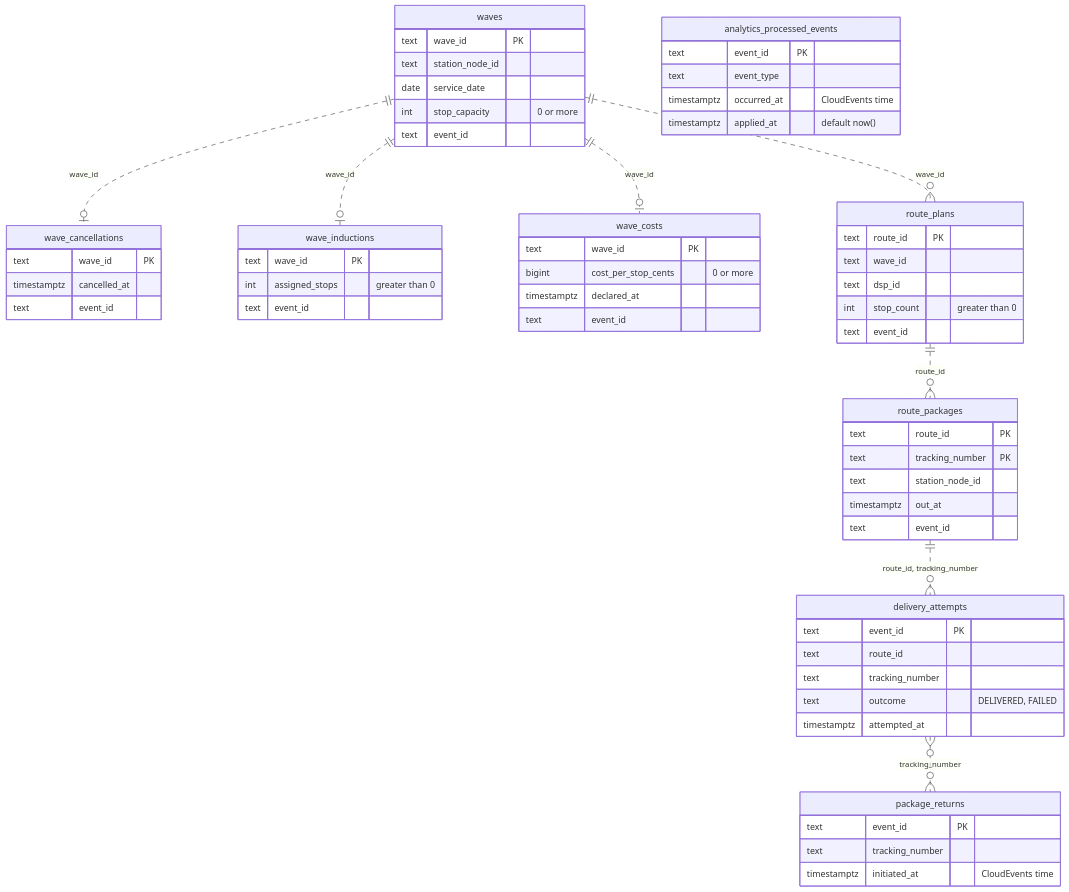
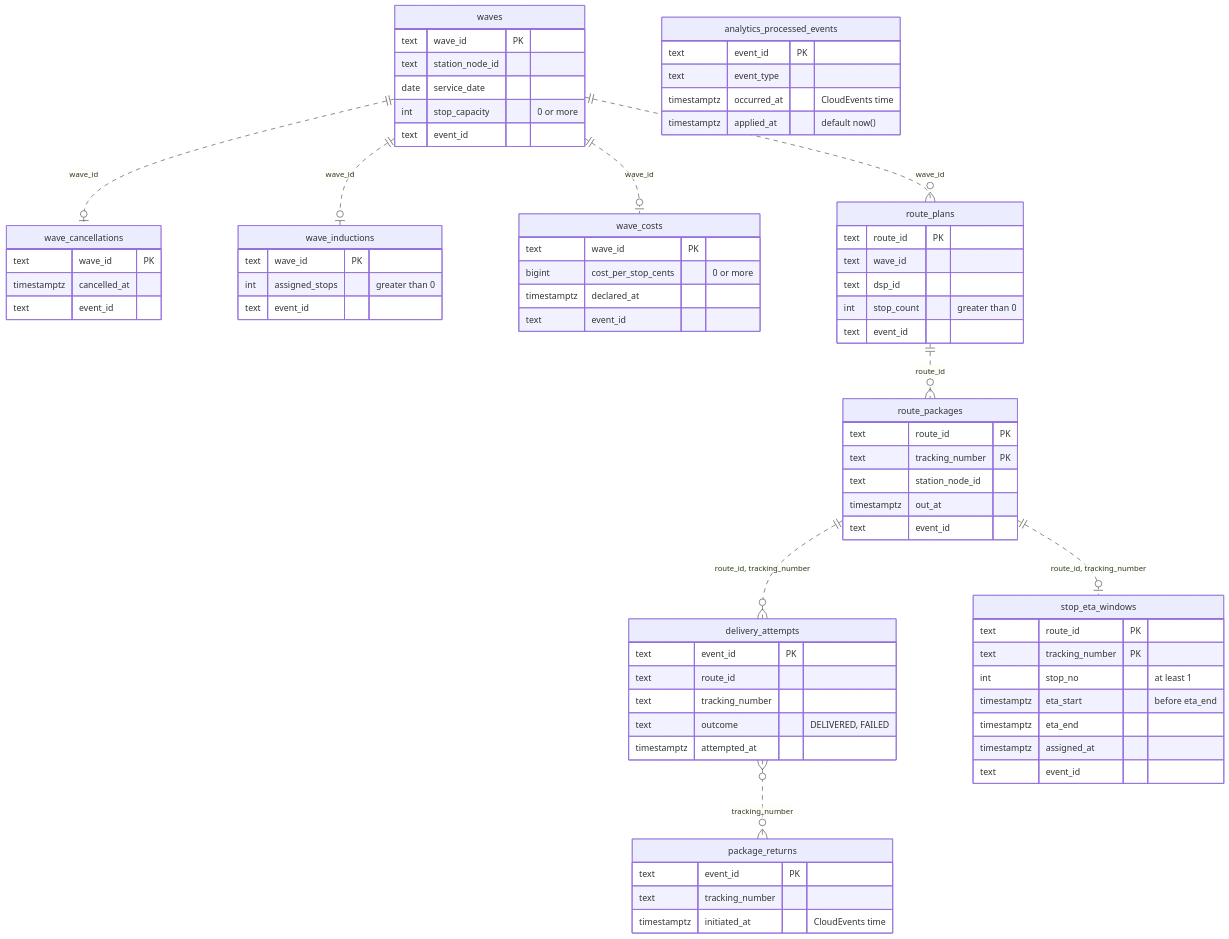
One commit to IQVO/last-mile-delivery changed the fifth of 5 diagrams in docs/docs/ddd/entity-relationship.md. Above: the diagram before and after it, drawn with Mermaid. The commit also changed other lines of this file and 70 other files, not shown here.

First line of the commit message:
feat(route): stop ETA windows at route start (E3, ADR 0013) (#56)

````diff
--- a/docs/docs/ddd/entity-relationship.md
+++ b/docs/docs/ddd/entity-relationship.md
@@ -182,66 +182,76 @@
 ```mermaid
 erDiagram
     waves ||..o| wave_cancellations : "wave_id"
     waves ||..o| wave_inductions : "wave_id"
     waves ||..o| wave_costs : "wave_id"
     waves ||..o{ route_plans : "wave_id"
     route_plans ||..o{ route_packages : "route_id"
     route_packages ||..o{ delivery_attempts : "route_id, tracking_number"
+    route_packages ||..o| stop_eta_windows : "route_id, tracking_number"
     delivery_attempts }o..o{ package_returns : "tracking_number"
 
     analytics_processed_events {
         text event_id PK
         text event_type
         timestamptz occurred_at "CloudEvents time"
         timestamptz applied_at "default now()"
     }
     waves {
         text wave_id PK
         text station_node_id
         date service_date
         int stop_capacity "0 or more"
         text event_id
     }
     wave_inductions {
         text wave_id PK
         int assigned_stops "greater than 0"
         text event_id
     }
     wave_cancellations {
         text wave_id PK
         timestamptz cancelled_at
         text event_id
     }
     wave_costs {
         text wave_id PK
         bigint cost_per_stop_cents "0 or more"
         timestamptz declared_at
         text event_id
     }
     route_plans {
         text route_id PK
         text wave_id
         text dsp_id
         int stop_count "greater than 0"
         text event_id
     }
     route_packages {
         text route_id PK
         text tracking_number PK
         text station_node_id
         timestamptz out_at
         text event_id
     }
+    stop_eta_windows {
+        text route_id PK
+        text tracking_number PK
+        int stop_no "at least 1"
+        timestamptz eta_start "before eta_end"
+        timestamptz eta_end
+        timestamptz assigned_at
+        text event_id
+    }
     delivery_attempts {
         text event_id PK
         text route_id
         text tracking_number
         text outcome "DELIVERED, FAILED"
         timestamptz attempted_at
     }
     package_returns {
         text event_id PK
         text tracking_number
         timestamptz initiated_at "CloudEvents time"
     }
 ```
````
